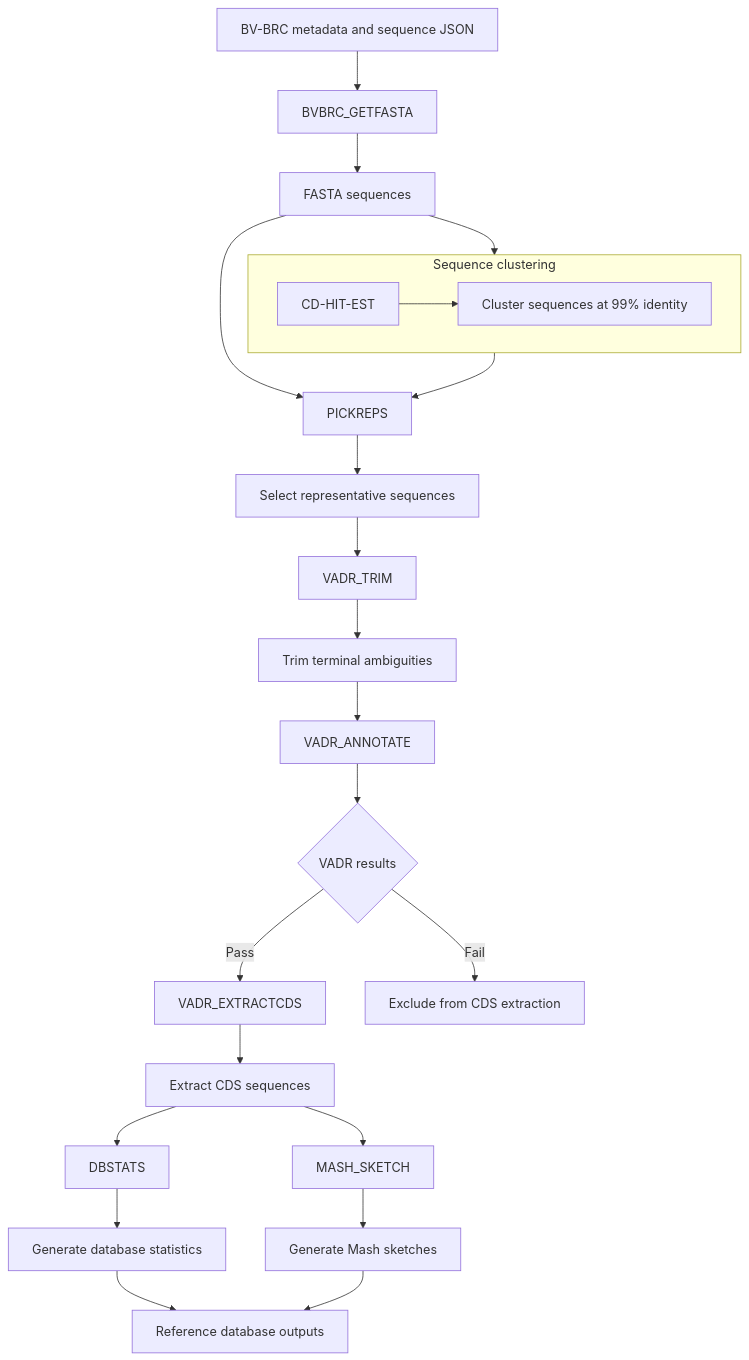
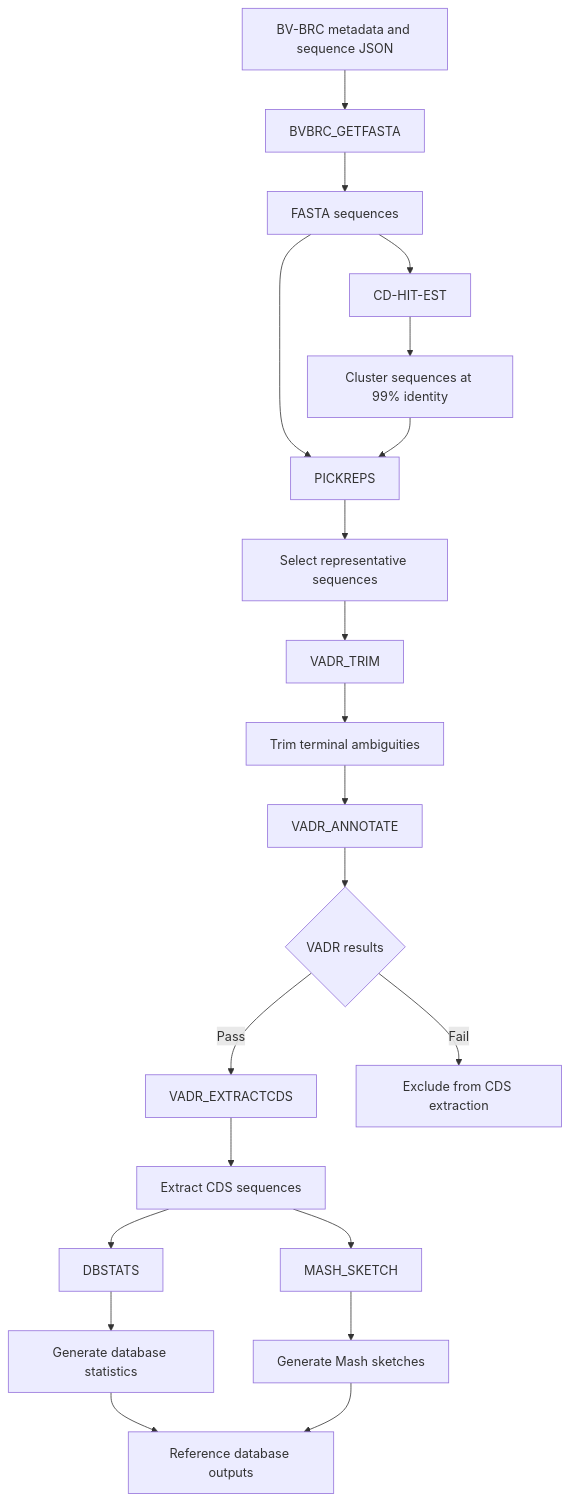
One commit to xiaoli-dong/fluab-reference-db changed the second of 2 diagrams in README.md. Above: the diagram before and after it, drawn with Mermaid. The commit also changed other lines of this file, not shown here.

````diff
--- a/README.md
+++ b/README.md
@@ -48,36 +50,31 @@
 ```mermaid
-%%{init: {"flowchart": {"wrappingWidth": 350}}}%%
-flowchart TB
+flowchart TD
     A["BV-BRC metadata and sequence JSON"] --> B["BVBRC_GETFASTA"]
     B --> C["FASTA sequences"]
 
-    C --> D
-
-    subgraph CLUSTER["Sequence clustering"]
-        direction LR
-        D["CD-HIT-EST"] --> E["Cluster sequences at 99% identity"]
-    end
+    C --> D["CD-HIT-EST"]
+    D --> E["Cluster sequences at 99% identity"]
 
     C --> F["PICKREPS"]
     E --> F
 
     F --> G["Select representative sequences"]
     G --> H["VADR_TRIM"]
     H --> I["Trim terminal ambiguities"]
     I --> J["VADR_ANNOTATE"]
 
     J --> K{"VADR results"}
     K -->|Pass| L["VADR_EXTRACTCDS"]
     K -->|Fail| M["Exclude from CDS extraction"]
 
     L --> N["Extract CDS sequences"]
 
     N --> O["DBSTATS"]
     O --> P["Generate database statistics"]
 
     N --> Q["MASH_SKETCH"]
     Q --> R["Generate Mash sketches"]
 
     P --> S["Reference database outputs"]
     R --> S
 ```
````
